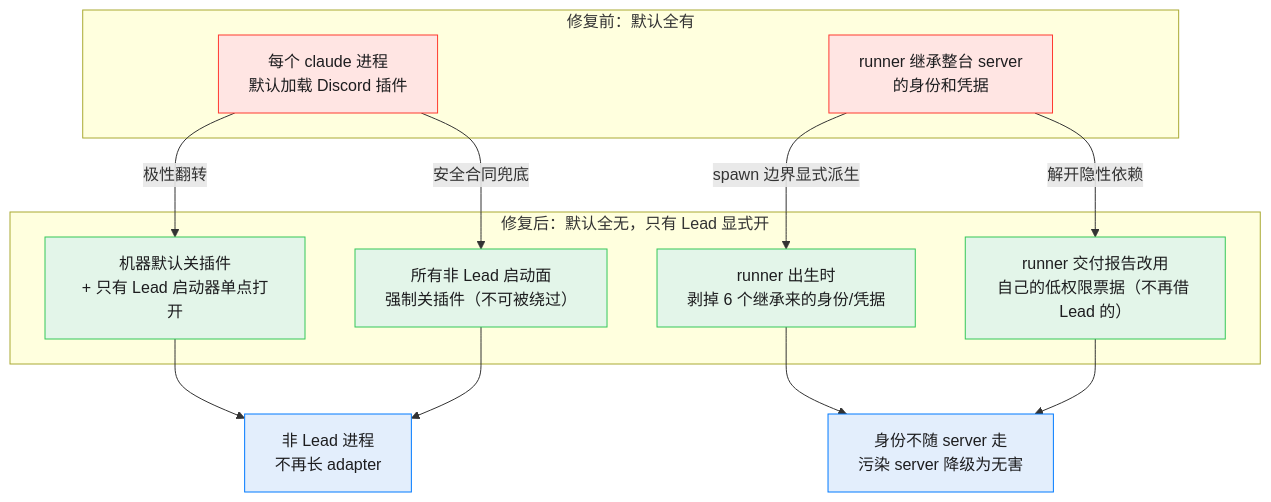
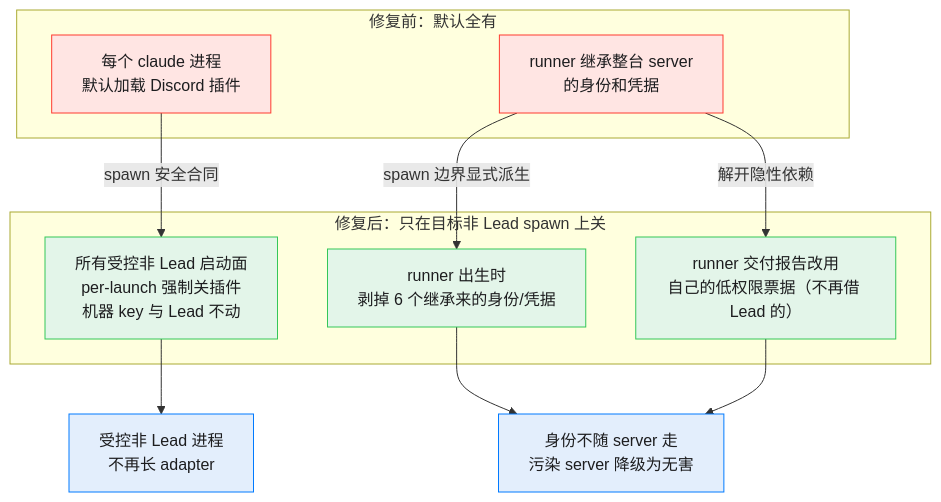
Before and after one commit to xrliAnnie/flywheel-qa-sandbox: the diagram in engineering/doc/FLY-1715-runner-no-discord-plugin/diagram-fix.mmd, drawn with Mermaid. The commit also changed 12 other files, not shown here.

Commit message:
fix(FLY-1715): keep Discord disable per launch

```diff
--- a/engineering/doc/FLY-1715-runner-no-discord-plugin/diagram-fix.mmd
+++ b/engineering/doc/FLY-1715-runner-no-discord-plugin/diagram-fix.mmd
@@ -1,25 +1,22 @@
 flowchart TB
     subgraph before["修复前：默认全有"]
         S1["每个 claude 进程<br/>默认加载 Discord 插件"]
         S2["runner 继承整台 server<br/>的身份和凭据"]
     end
-    subgraph after["修复后：默认全无，只有 Lead 显式开"]
-        F1["机器默认关插件<br/>+ 只有 Lead 启动器单点打开"]
-        F2["所有非 Lead 启动面<br/>强制关插件（不可被绕过）"]
+    subgraph after["修复后：只在目标非 Lead spawn 上关"]
+        F2["所有受控非 Lead 启动面<br/>per-launch 强制关插件<br/>机器 key 与 Lead 不动"]
         F3["runner 出生时<br/>剥掉 6 个继承来的身份/凭据"]
         F4["runner 交付报告改用<br/>自己的低权限票据（不再借 Lead 的）"]
     end
-    S1 -->|"极性翻转"| F1
-    S1 -->|"安全合同兜底"| F2
+    S1 -->|"spawn 安全合同"| F2
     S2 -->|"spawn 边界显式派生"| F3
     S2 -->|"解开隐性依赖"| F4
-    F1 --> R["非 Lead 进程<br/>不再长 adapter"]
-    F2 --> R
+    F2 --> R["受控非 Lead 进程<br/>不再长 adapter"]
     F3 --> C["身份不随 server 走<br/>污染 server 降级为无害"]
     F4 --> C
     classDef old fill:#ffe5e3,stroke:#ff3b30,color:#1d1d1f;
     classDef neo fill:#e3f5e9,stroke:#34c759,color:#1d1d1f;
     classDef res fill:#e3eefc,stroke:#007aff,color:#1d1d1f;
     class S1,S2 old;
     class F1,F2,F3,F4 neo;
     class R,C res;
```
